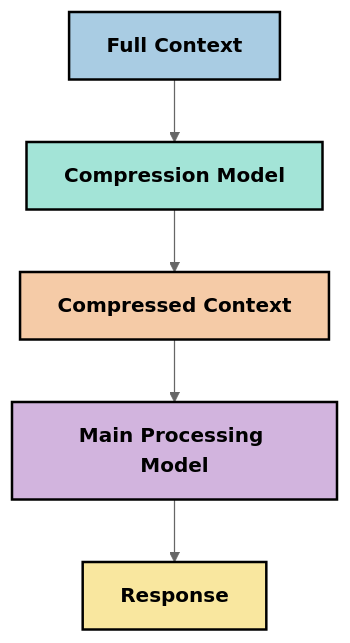
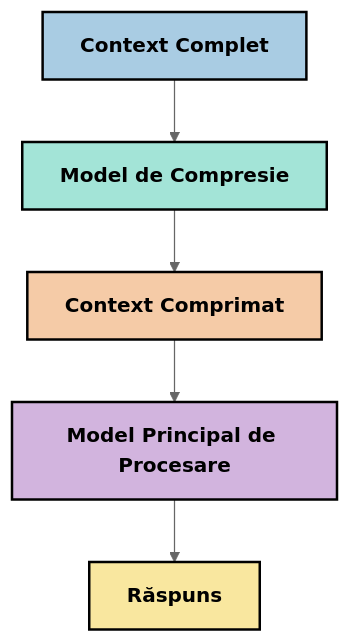
One commit to HIDORAKAI002/ai-workspace-archive changed the fifth of 6 diagrams in mcp_ecosystem__model_context_protocol/mcp_learning_resources/mcp-for-beginners/translations/ro/05-AdvancedTopics/mcp-contextengineering/README.md. Above: the diagram before and after it, drawn with Mermaid (neutral theme). The commit also changed other lines of this file and 1046 other files, not shown here.

````diff
--- a/mcp_ecosystem__model_context_protocol/mcp_learning_resources/mcp-for-beginners/translations/ro/05-AdvancedTopics/mcp-contextengineering/README.md
+++ b/mcp_ecosystem__model_context_protocol/mcp_learning_resources/mcp-for-beginners/translations/ro/05-AdvancedTopics/mcp-contextengineering/README.md
@@ -237,13 +239,13 @@
 ```mermaid
 graph TD
-    A[Full Context] --> B[Compression Model]
-    B --> C[Compressed Context]
-    C --> D[Main Processing Model]
-    D --> E[Response]
+    A[Context Complet] --> B[Model de Compresie]
+    B --> C[Context Comprimat]
+    C --> D[Model Principal de Procesare]
+    D --> E[Răspuns]
     
     style A fill:#A9CCE3,stroke:#000000,stroke-width:2px,color:#000000,font-weight:bold
     style B fill:#A3E4D7,stroke:#000000,stroke-width:2px,color:#000000,font-weight:bold
     style C fill:#F5CBA7,stroke:#000000,stroke-width:2px,color:#000000,font-weight:bold
     style D fill:#D2B4DE,stroke:#000000,stroke-width:2px,color:#000000,font-weight:bold
     style E fill:#F9E79F,stroke:#000000,stroke-width:2px,color:#000000,font-weight:bold
 ```
````
